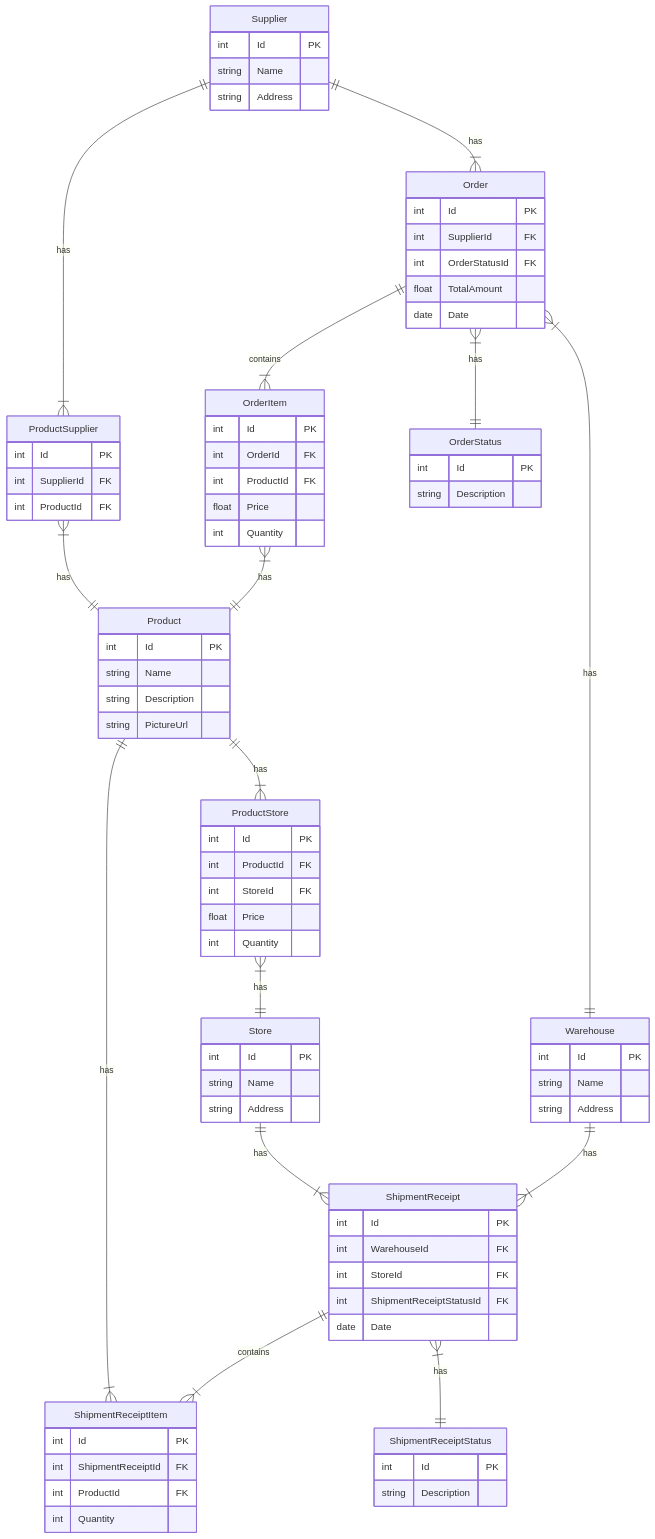
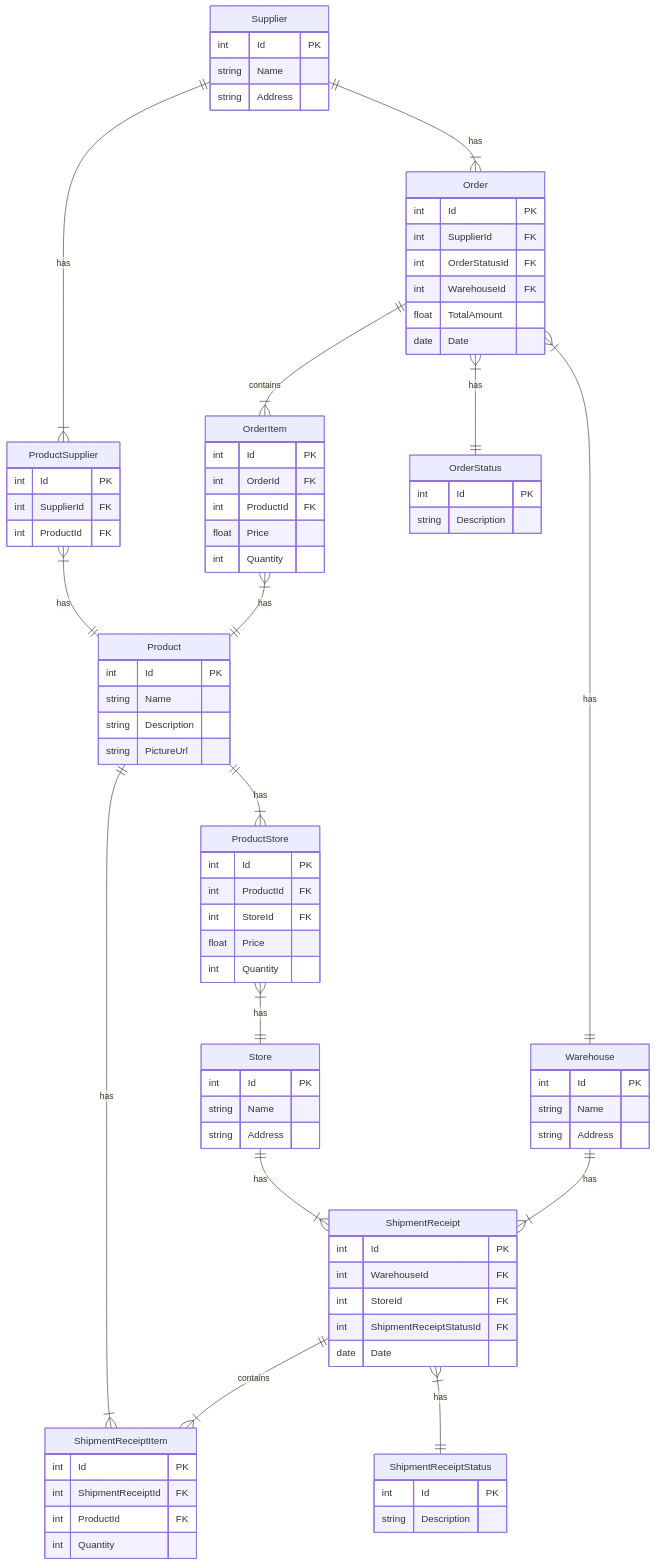
Before and after one commit to zql9000/DeliArg: the diagram in README.md, drawn with Mermaid. The commit also changed other lines of this file, not shown here.

```diff
--- a/README.md
+++ b/README.md
@@ -86,6 +86,7 @@
     int Id PK
     int SupplierId FK
     int OrderStatusId FK
+    int WarehouseId FK
     float TotalAmount
     date Date
 }
```
